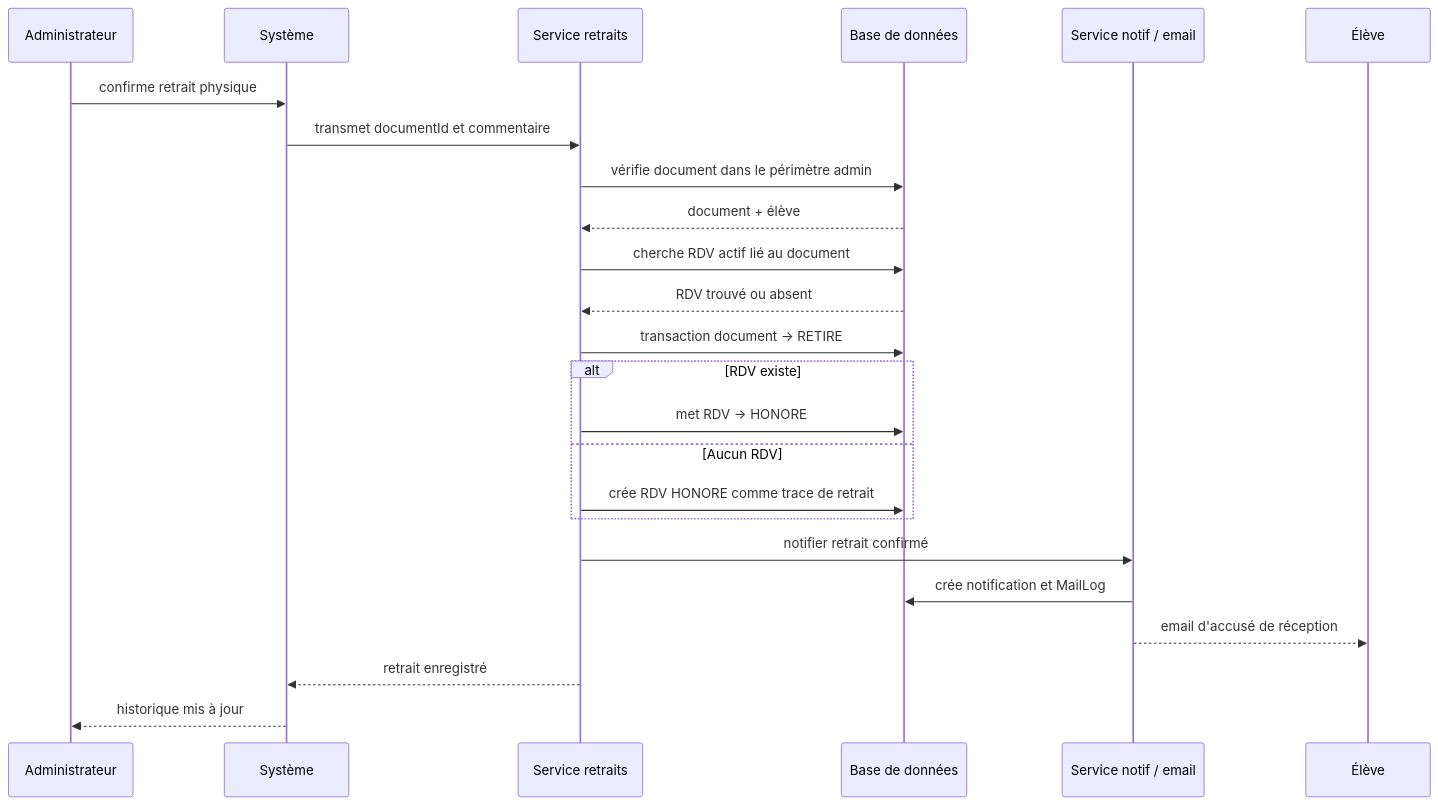
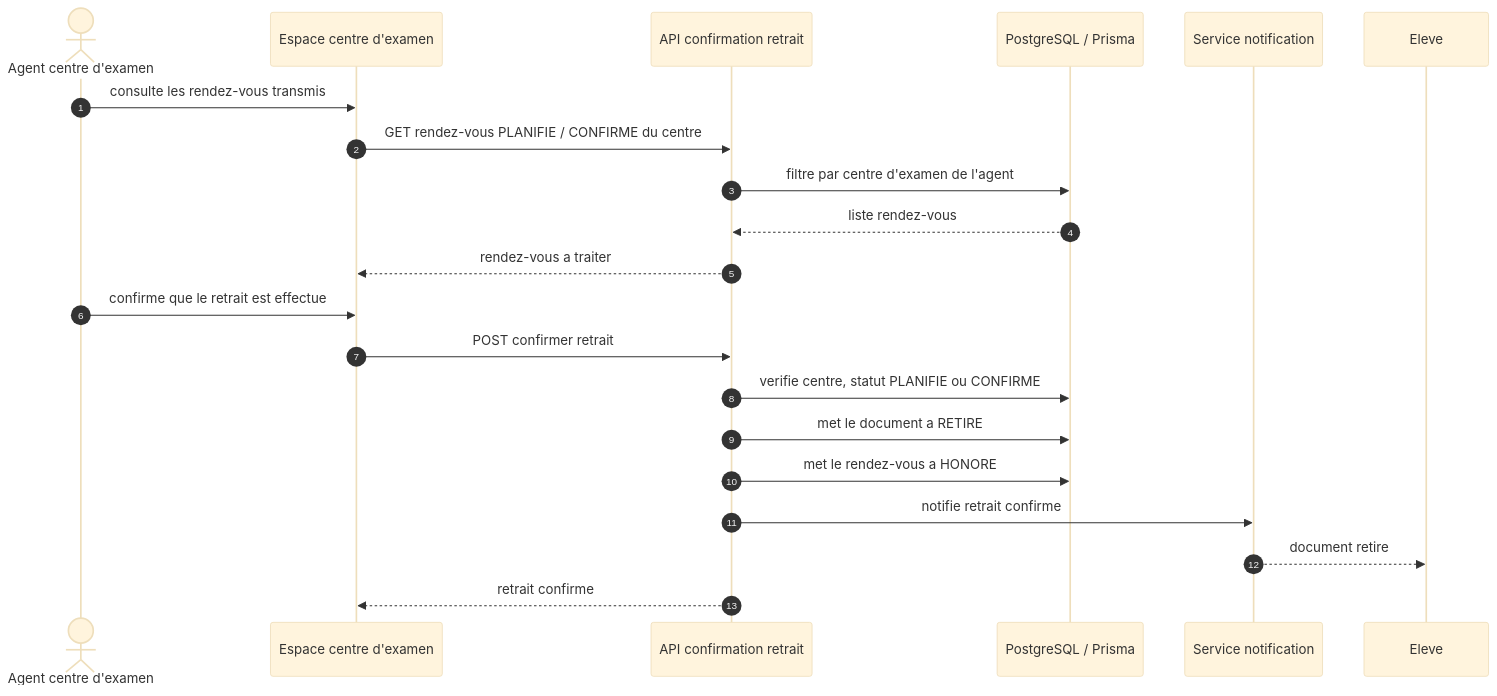
Before and after one commit to yoppanjikamf/application-demande-document-academique: the diagram in docs/diagrammes-mermaid/sequence-08-retrait-physique-v2.mmd, drawn with Mermaid. The commit also changed 445 other files, not shown here.

```diff
--- a/docs/diagrammes-mermaid/sequence-08-retrait-physique-v2.mmd
+++ b/docs/diagrammes-mermaid/sequence-08-retrait-physique-v2.mmd
@@ -1,25 +1,24 @@
+%%{init: {"theme": "base", "themeVariables": {"fontFamily": "Arial", "fontSize": "20px"}}}%%
 sequenceDiagram
-    participant Admin as Administrateur
-    participant Systeme as Système
-    participant Service as Service retraits
-    participant BDD as Base de données
-    participant Notif as Service notif / email
-    participant Eleve as Élève
+    autonumber
+    actor Agent as Agent centre d'examen
+    participant UI as Espace centre d'examen
+    participant API as API confirmation retrait
+    participant DB as PostgreSQL / Prisma
+    participant Notif as Service notification
+    participant Eleve
 
-    Admin->>Systeme: confirme retrait physique
-    Systeme->>Service: transmet documentId et commentaire
-    Service->>BDD: vérifie document dans le périmètre admin
-    BDD-->>Service: document + élève
-    Service->>BDD: cherche RDV actif lié au document
-    BDD-->>Service: RDV trouvé ou absent
-    Service->>BDD: transaction document → RETIRE
-    alt RDV existe
-        Service->>BDD: met RDV → HONORE
-    else Aucun RDV
-        Service->>BDD: crée RDV HONORE comme trace de retrait
-    end
-    Service->>Notif: notifier retrait confirmé
-    Notif->>BDD: crée notification et MailLog
-    Notif-->>Eleve: email d'accusé de réception
-    Service-->>Systeme: retrait enregistré
-    Systeme-->>Admin: historique mis à jour
+    Agent->>UI: consulte les rendez-vous transmis
+    UI->>API: GET rendez-vous PLANIFIE / CONFIRME du centre
+    API->>DB: filtre par centre d'examen de l'agent
+    DB-->>API: liste rendez-vous
+    API-->>UI: rendez-vous a traiter
+
+    Agent->>UI: confirme que le retrait est effectue
+    UI->>API: POST confirmer retrait
+    API->>DB: verifie centre, statut PLANIFIE ou CONFIRME
+    API->>DB: met le document a RETIRE
+    API->>DB: met le rendez-vous a HONORE
+    API->>Notif: notifie retrait confirme
+    Notif-->>Eleve: document retire
+    API-->>UI: retrait confirme
```
